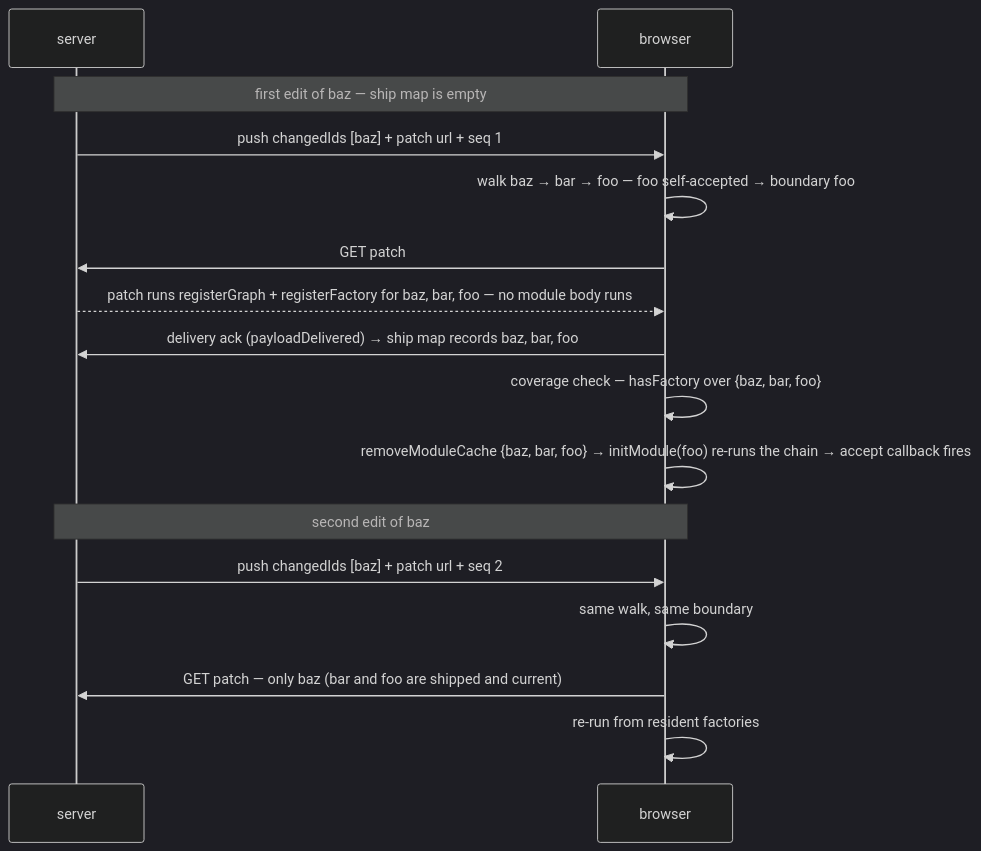
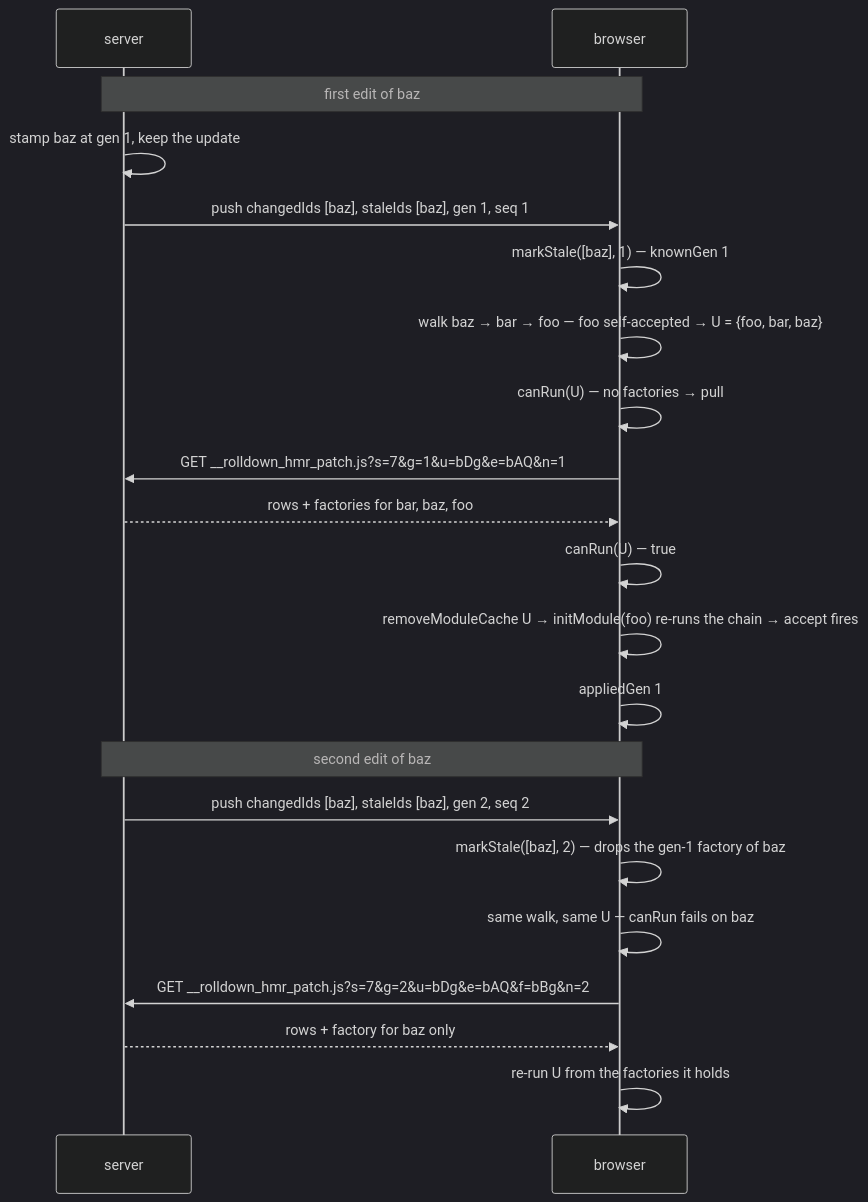
One commit to rolldown/rolldown changed the third of 3 diagrams in internal-docs/hmr/design.md. Above: the diagram before and after it, drawn with Mermaid (dark theme). The commit also changed other lines of this file and 194 other files, not shown here.

Commit message:
feat(dev): pull-based HMR delivery

````diff
--- a/internal-docs/hmr/design.md
+++ b/internal-docs/hmr/design.md
@@ -404,18 +812,23 @@
 ```mermaid
 sequenceDiagram
   participant S as server
   participant B as browser
-  Note over S,B: first edit of baz — ship map is empty
-  S->>B: push changedIds [baz] + patch url + seq 1
-  B->>B: walk baz → bar → foo — foo self-accepted → boundary foo
-  B->>S: GET patch
-  S-->>B: patch runs registerGraph + registerFactory for baz, bar, foo — no module body runs
-  B->>S: delivery ack (payloadDelivered) → ship map records baz, bar, foo
-  B->>B: coverage check — hasFactory over {baz, bar, foo}
-  B->>B: removeModuleCache {baz, bar, foo} → initModule(foo) re-runs the chain → accept callback fires
+  Note over S,B: first edit of baz
+  S->>S: stamp baz at gen 1, keep the update
+  S->>B: push changedIds [baz], staleIds [baz], gen 1, seq 1
+  B->>B: markStale([baz], 1) — knownGen 1
+  B->>B: walk baz → bar → foo — foo self-accepted → U = {foo, bar, baz}
+  B->>B: canRun(U) — no factories → pull
+  B->>S: GET __rolldown_hmr_patch.js?s=7&g=1&u=bDg&e=bAQ&n=1
+  S-->>B: rows + factories for bar, baz, foo
+  B->>B: canRun(U) — true
+  B->>B: removeModuleCache U → initModule(foo) re-runs the chain → accept fires
+  B->>B: appliedGen 1
   Note over S,B: second edit of baz
-  S->>B: push changedIds [baz] + patch url + seq 2
-  B->>B: same walk, same boundary
-  B->>S: GET patch — only baz (bar and foo are shipped and current)
-  B->>B: re-run from resident factories
+  S->>B: push changedIds [baz], staleIds [baz], gen 2, seq 2
+  B->>B: markStale([baz], 2) — drops the gen-1 factory of baz
+  B->>B: same walk, same U — canRun fails on baz
+  B->>S: GET __rolldown_hmr_patch.js?s=7&g=2&u=bDg&e=bAQ&f=bBg&n=2
+  S-->>B: rows + factory for baz only
+  B->>B: re-run U from the factories it holds
 ```
````
